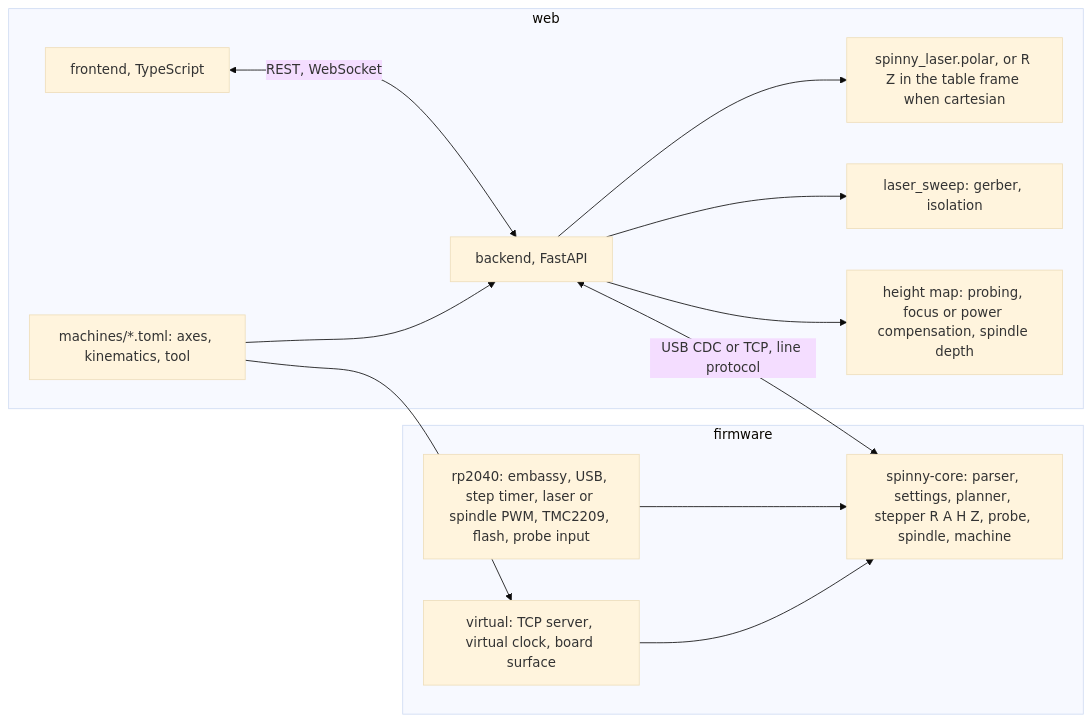
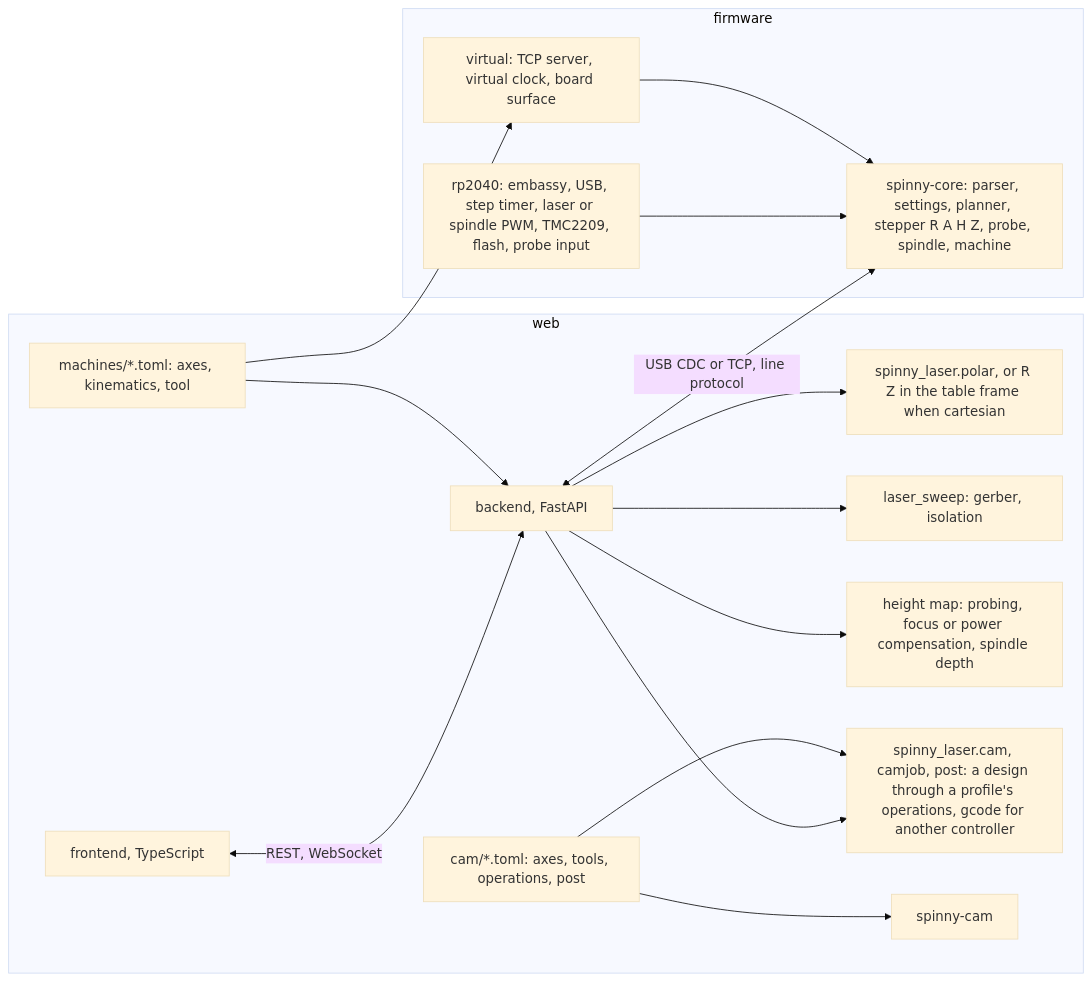
Before and after one commit to tmpk13/spinny-cnc: the diagram in docs/ARCHITECTURE.md, drawn with Mermaid (base theme). The commit also changed other lines of this file and 38 other files, not shown here.

````diff
--- a/docs/ARCHITECTURE.md
+++ b/docs/ARCHITECTURE.md
@@ -27,16 +28,19 @@
 ```mermaid
 flowchart LR
     subgraph web
         FE[frontend, TypeScript] <-->|REST, WebSocket| BE[backend, FastAPI]
         BE --> KIN[spinny_laser.polar, or R Z in the table frame when cartesian]
         BE --> LS[laser_sweep: gerber, isolation]
         BE --> HM[height map: probing, focus or power compensation, spindle depth]
+        BE --> CAM[spinny_laser.cam, camjob, post: a design through a profile's operations, gcode for another controller]
         MF[machines/*.toml: axes, kinematics, tool] --> BE
+        CF[cam/*.toml: axes, tools, operations, post] --> CAM
+        CF --> CLI[spinny-cam]
     end
     MF --> VIRT
     BE <-->|USB CDC or TCP, line protocol| CORE
     subgraph firmware
         RP[rp2040: embassy, USB, step timer, laser or spindle PWM, TMC2209, flash, probe input] --> CORE[spinny-core: parser, settings, planner, stepper R A H Z, probe, spindle, machine]
         VIRT[virtual: TCP server, virtual clock, board surface] --> CORE
     end
 ```
````
